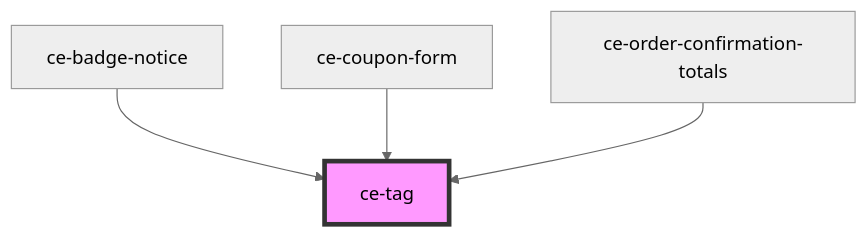
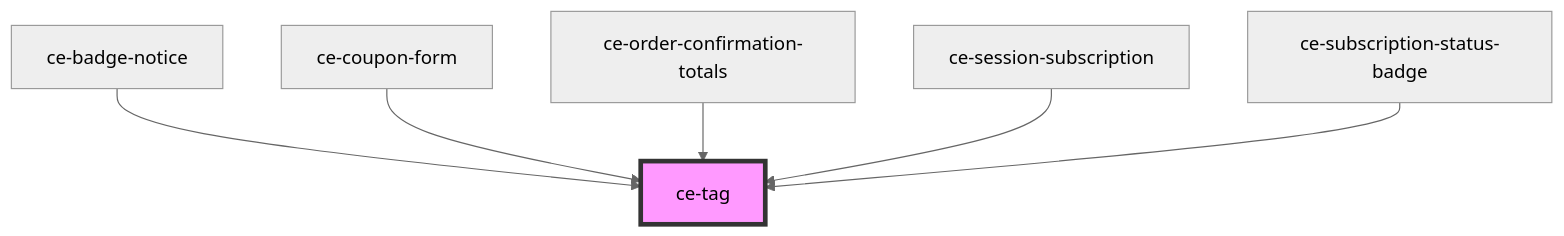
Before and after one commit to surecart/surecart-wp-plugin: the diagram in packages/components/src/components/ui/tag/readme.md, drawn with Mermaid (neutral theme). The commit also changed other lines of this file and 96 other files, not shown here.

````diff
--- a/packages/components/src/components/ui/tag/readme.md
+++ b/packages/components/src/components/ui/tag/readme.md
@@ -42,7 +44,9 @@
 ```mermaid
 graph TD;
   ce-badge-notice --> ce-tag
   ce-coupon-form --> ce-tag
   ce-order-confirmation-totals --> ce-tag
+  ce-session-subscription --> ce-tag
+  ce-subscription-status-badge --> ce-tag
   style ce-tag fill:#f9f,stroke:#333,stroke-width:4px
 ```
````
